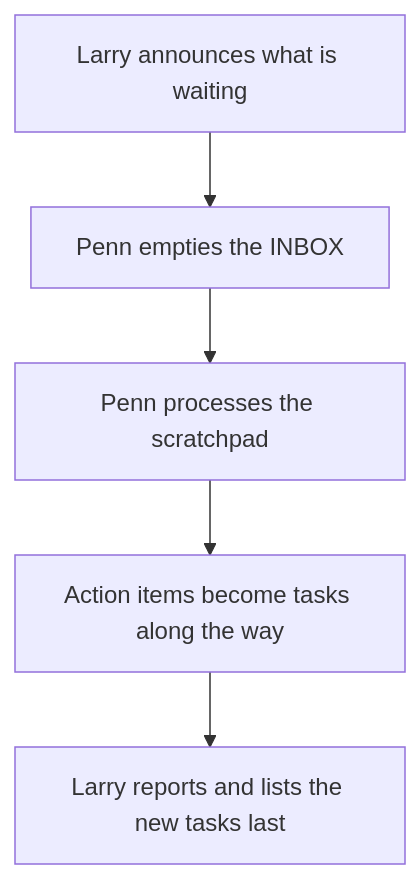
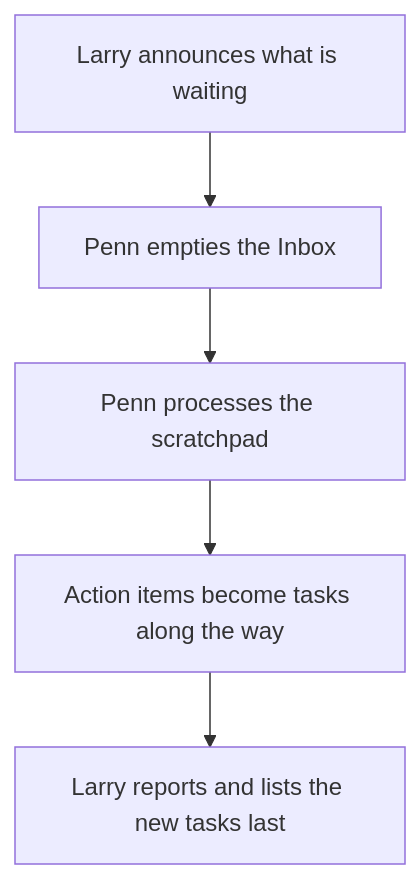
One commit to TomSolid/icor-for-life-scaffold changed the diagram in 06 AI Team/AI Team Knowledge/Workstreams/WS-001-daily-processing-run.md. Above: the diagram before and after it, drawn with Mermaid. The commit also changed other lines of this file and 26 other files, not shown here.

````diff
--- a/06 AI Team/AI Team Knowledge/Workstreams/WS-001-daily-processing-run.md
+++ b/06 AI Team/AI Team Knowledge/Workstreams/WS-001-daily-processing-run.md
@@ -15,7 +15,7 @@
 ```mermaid
 flowchart TD
-    A["Larry announces what is waiting"] --> B["Penn empties the INBOX"]
+    A["Larry announces what is waiting"] --> B["Penn empties the Inbox"]
     B --> C["Penn processes the scratchpad"]
     C --> D["Action items become tasks along the way"]
     D --> E["Larry reports and lists the new tasks last"]
 ```
````
